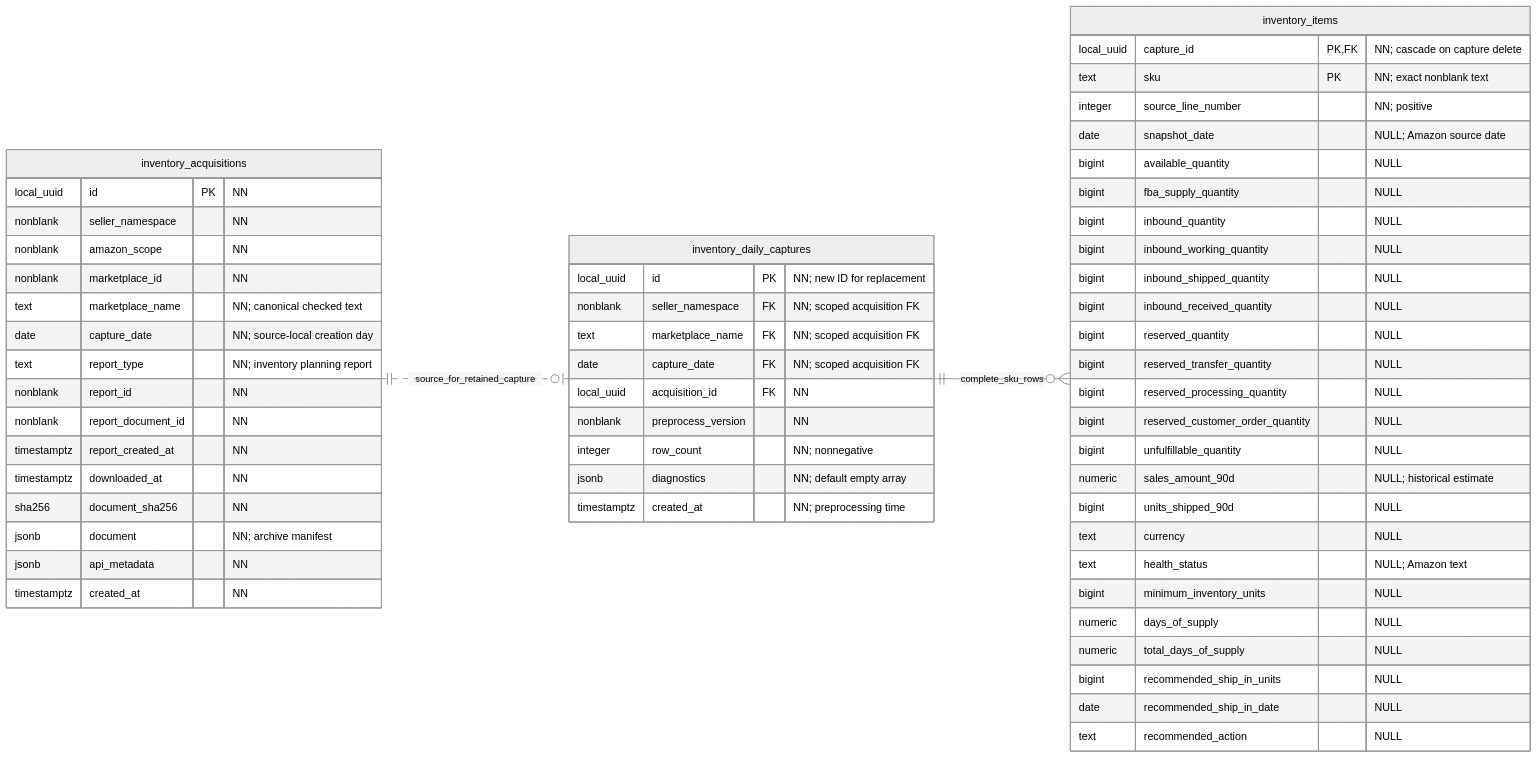
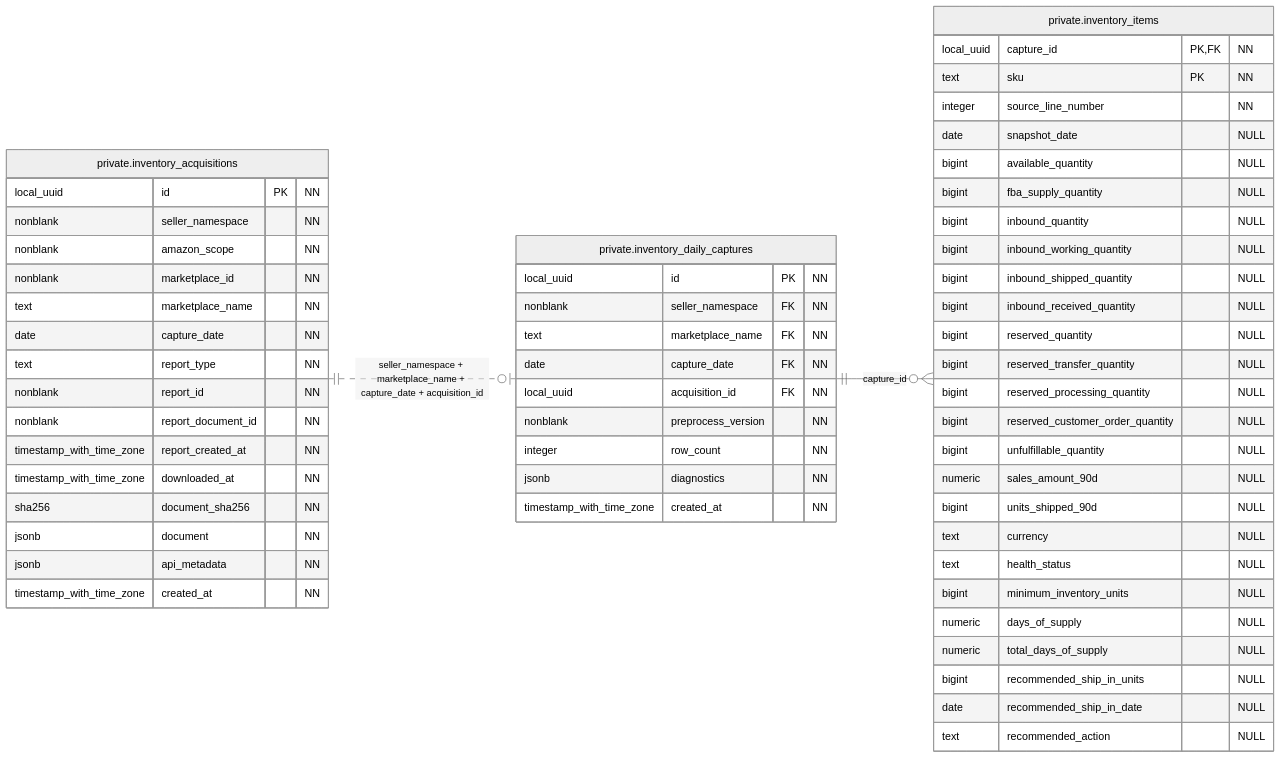
One commit to qwercxzsda/A-SelBox changed the diagram in docs/figures/database/09-daily-inventory.mmd. Above: the diagram before and after it, drawn with Mermaid (neutral theme). The commit also changed 377 other files, not shown here.

```diff
--- a/docs/figures/database/09-daily-inventory.mmd
+++ b/docs/figures/database/09-daily-inventory.mmd
@@ -1,60 +1,62 @@
 erDiagram
     direction LR
-    inventory_acquisitions ||..o| inventory_daily_captures : source_for_retained_capture
-    inventory_daily_captures ||--o{ inventory_items : complete_sku_rows
+    private_inventory_acquisitions ||..o| private_inventory_daily_captures : "seller_namespace + marketplace_name + capture_date + acquisition_id"
+    private_inventory_daily_captures ||--o{ private_inventory_items : "capture_id"
 
-    inventory_acquisitions {
+    private_inventory_acquisitions["private.inventory_acquisitions"] {
         local_uuid id PK "NN"
         nonblank seller_namespace "NN"
         nonblank amazon_scope "NN"
         nonblank marketplace_id "NN"
-        text marketplace_name "NN; canonical checked text"
-        date capture_date "NN; source-local creation day"
-        text report_type "NN; inventory planning report"
+        text marketplace_name "NN"
+        date capture_date "NN"
+        text report_type "NN"
         nonblank report_id "NN"
         nonblank report_document_id "NN"
-        timestamptz report_created_at "NN"
-        timestamptz downloaded_at "NN"
+        timestamp_with_time_zone report_created_at "NN"
+        timestamp_with_time_zone downloaded_at "NN"
         sha256 document_sha256 "NN"
-        jsonb document "NN; archive manifest"
+        jsonb document "NN"
         jsonb api_metadata "NN"
-        timestamptz created_at "NN"
+        timestamp_with_time_zone created_at "NN"
     }
-    inventory_daily_captures {
-        local_uuid id PK "NN; new ID for replacement"
-        nonblank seller_namespace FK "NN; scoped acquisition FK"
-        text marketplace_name FK "NN; scoped acquisition FK"
-        date capture_date FK "NN; scoped acquisition FK"
+
+    private_inventory_daily_captures["private.inventory_daily_captures"] {
+        local_uuid id PK "NN"
+        nonblank seller_namespace FK "NN"
+        text marketplace_name FK "NN"
+        date capture_date FK "NN"
         local_uuid acquisition_id FK "NN"
         nonblank preprocess_version "NN"
-        integer row_count "NN; nonnegative"
-        jsonb diagnostics "NN; default empty array"
-        timestamptz created_at "NN; preprocessing time"
+        integer row_count "NN"
+        jsonb diagnostics "NN"
+        timestamp_with_time_zone created_at "NN"
     }
-    inventory_items {
-        local_uuid capture_id PK, FK "NN; cascade on capture delete"
-        text sku PK "NN; exact nonblank text"
-        integer source_line_number "NN; positive"
-        date snapshot_date "NULL; Amazon source date"
+
+    private_inventory_items["private.inventory_items"] {
+        local_uuid capture_id PK, FK "NN"
+        text sku PK "NN"
+        integer source_line_number "NN"
+        date snapshot_date "NULL"
         bigint available_quantity "NULL"
         bigint fba_supply_quantity "NULL"
         bigint inbound_quantity "NULL"
         bigint inbound_working_quantity "NULL"
         bigint inbound_shipped_quantity "NULL"
         bigint inbound_received_quantity "NULL"
         bigint reserved_quantity "NULL"
         bigint reserved_transfer_quantity "NULL"
         bigint reserved_processing_quantity "NULL"
         bigint reserved_customer_order_quantity "NULL"
         bigint unfulfillable_quantity "NULL"
-        numeric sales_amount_90d "NULL; historical estimate"
+        numeric sales_amount_90d "NULL"
         bigint units_shipped_90d "NULL"
         text currency "NULL"
-        text health_status "NULL; Amazon text"
+        text health_status "NULL"
         bigint minimum_inventory_units "NULL"
         numeric days_of_supply "NULL"
         numeric total_days_of_supply "NULL"
         bigint recommended_ship_in_units "NULL"
         date recommended_ship_in_date "NULL"
         text recommended_action "NULL"
     }
```
